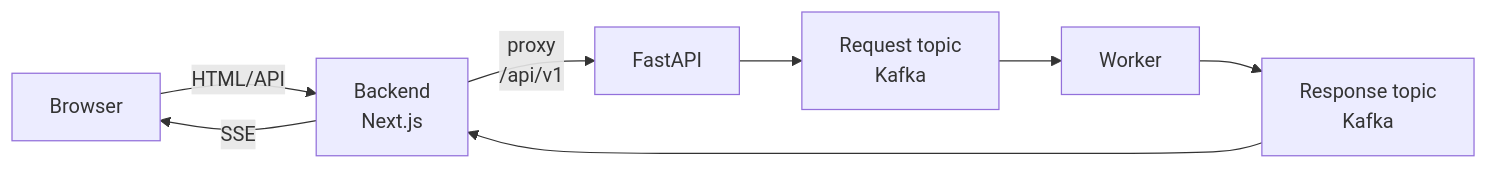
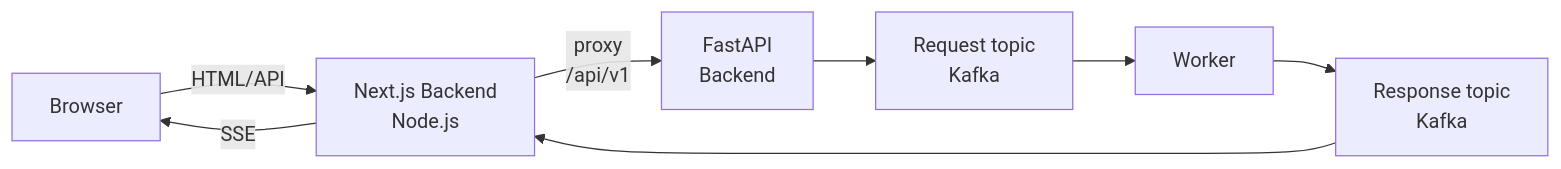
One commit to yatsu/next-fastapi-sse changed the diagram in README.md. Above: the diagram before and after it, drawn with Mermaid.

Commit message:
doc: Revise the diagram

````diff
--- a/README.md
+++ b/README.md
@@ -13,10 +13,10 @@
 ```mermaid
 graph LR
-    A[Browser] -->|HTML/API| B[Backend<br/>Next.js]
+    A[Browser] -->|HTML/API| B[Next.js Backend<br/>Node.js]
     B -->|SSE| A
-    B --> |proxy<br/>/api/v1| C[FastAPI]
+    B --> |proxy<br/>/api/v1| C[FastAPI<br/>Backend]
     C --> D[Request topic<br/>Kafka]
     D --> E[Worker]
     E --> F[Response topic<br/>Kafka]
     F --> B
 ```
````
